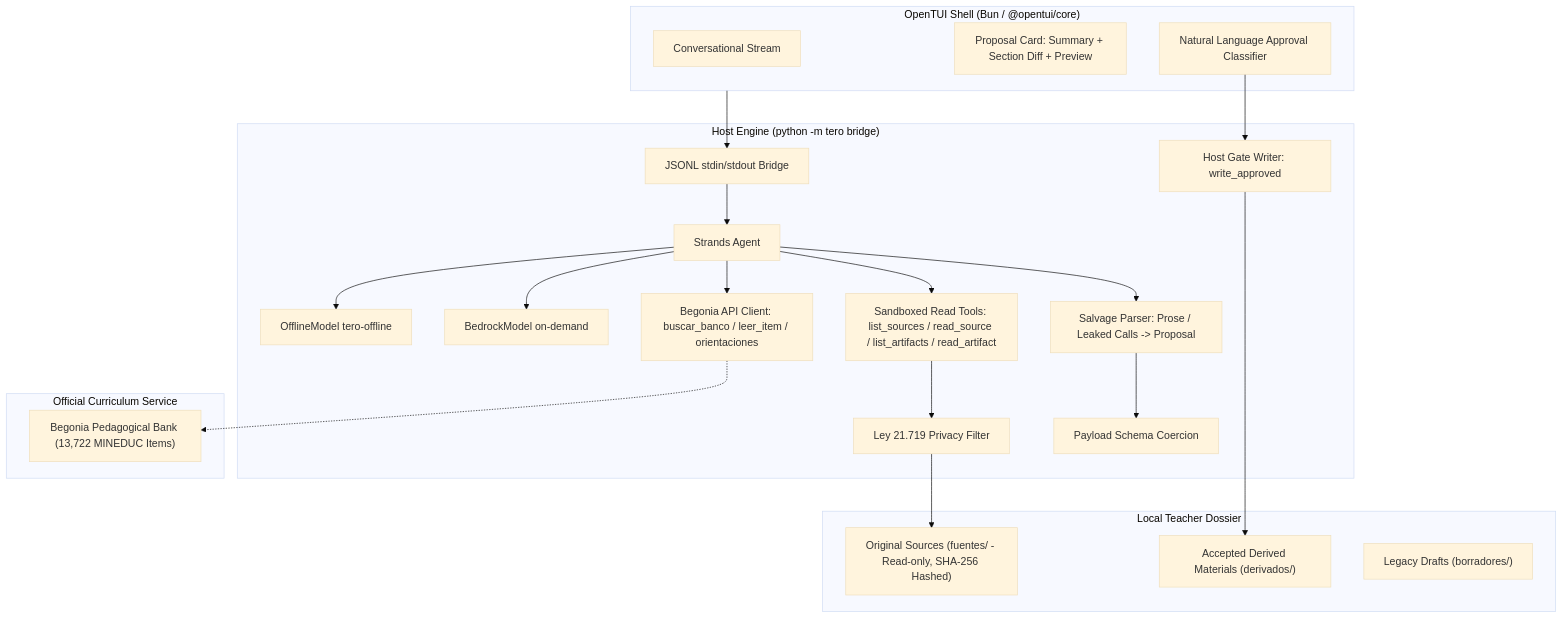
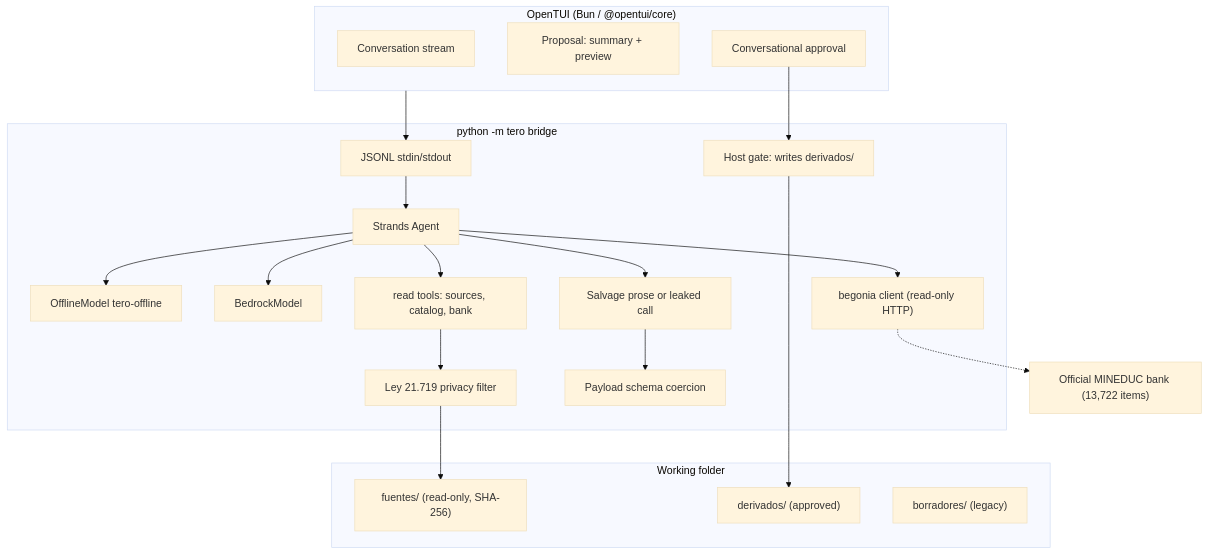
One commit to marcorojasb/tero changed the diagram in ARCHITECTURE.md. Above: the diagram before and after it, drawn with Mermaid (base theme). The commit also changed other lines of this file and 4 other files, not shown here.

````diff
--- a/ARCHITECTURE.md
+++ b/ARCHITECTURE.md
@@ -29,45 +12,38 @@
 ```mermaid
 flowchart TB
-  subgraph TUI["OpenTUI Shell (Bun / @opentui/core)"]
-    Chat[Conversational Stream]
-    Proposal[Proposal Card: Summary + Section Diff + Preview]
-    Approval[Natural Language Approval Classifier]
+  subgraph TUI["OpenTUI (Bun / @opentui/core)"]
+    Chat[Conversation stream]
+    Proposal["Proposal: summary + preview"]
+    Approval[Conversational approval]
   end
 
-  subgraph Host["Host Engine (python -m tero bridge)"]
-    JSONL[JSONL stdin/stdout Bridge]
+  subgraph Host["python -m tero bridge"]
+    JSONL[JSONL stdin/stdout]
     Agent[Strands Agent]
     Offline[OfflineModel tero-offline]
-    Bedrock[BedrockModel on-demand]
-    Tools["Sandboxed Read Tools: list_sources / read_source / list_artifacts / read_artifact"]
-    BegoniaClient["Begonia API Client: buscar_banco / leer_item / orientaciones"]
-    Privacy["Ley 21.719 Privacy Filter"]
-    Salvage[Salvage Parser: Prose / Leaked Calls -> Proposal]
-    Coerce[Payload Schema Coercion]
-    GateHost[Host Gate Writer: write_approved]
+    Bedrock[BedrockModel]
+    Tools["read tools: sources, catalog, bank"]
+    Begonia["begonia client (read-only HTTP)"]
+    Privacy["Ley 21.719 privacy filter"]
+    Salvage["Salvage prose or leaked call"]
+    Coerce[Payload schema coercion]
+    Gate["Host gate: writes derivados/"]
   end
 
-  subgraph Disk["Local Teacher Dossier"]
-    Fuentes["Original Sources (fuentes/ - Read-only, SHA-256 Hashed)"]
-    Derivados["Accepted Derived Materials (derivados/)"]
-    Borradores["Legacy Drafts (borradores/)"]
+  subgraph Disk["Working folder"]
+    Fuentes["fuentes/ (read-only, SHA-256)"]
+    Derivados["derivados/ (approved)"]
+    Borradores["borradores/ (legacy)"]
   end
 
-  subgraph External["Official Curriculum Service"]
-    BegoniaDB["Begonia Pedagogical Bank (13,722 MINEDUC Items)"]
-  end
+  Bank["Official MINEDUC bank (13,722 items)"]
 
-  TUI --> JSONL
-  JSONL --> Agent
+  TUI --> JSONL --> Agent
   Agent --> Offline
   Agent --> Bedrock
   Agent --> Tools
-  Agent --> BegoniaClient
-  BegoniaClient -.-> BegoniaDB
-  Tools --> Privacy
-  Privacy --> Fuentes
-  Agent --> Salvage
-  Salvage --> Coerce
-  Approval --> GateHost
-  GateHost --> Derivados
+  Agent --> Begonia -.-> Bank
+  Tools --> Privacy --> Fuentes
+  Agent --> Salvage --> Coerce
+  Approval --> Gate --> Derivados
 ```
````
